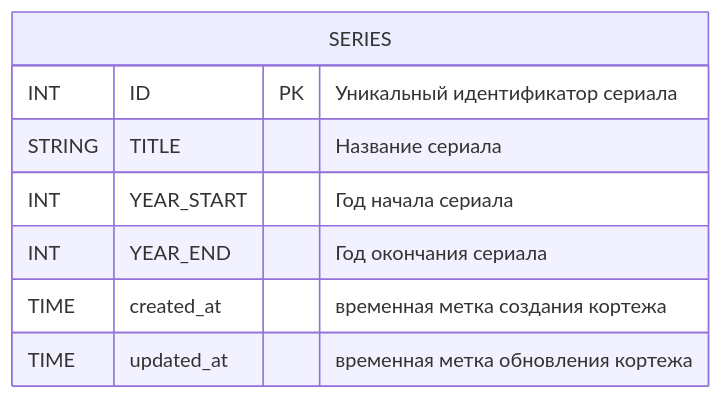
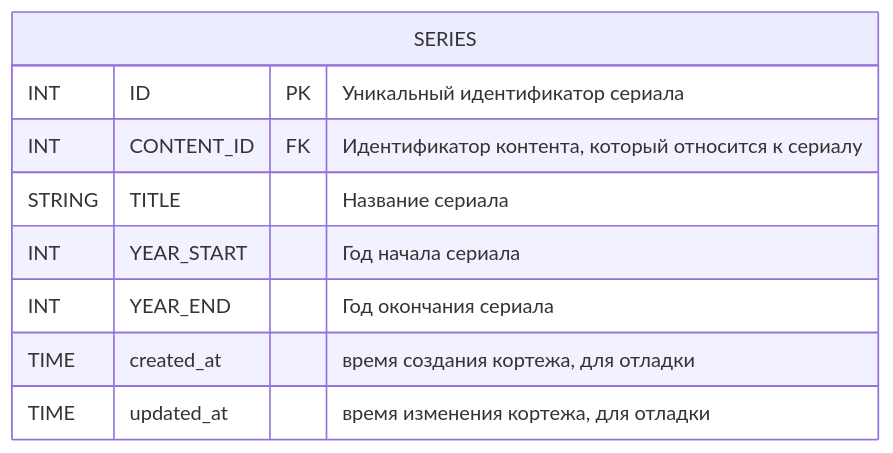
Diagram 13 of 25 in db/normalized/relations.md (go-park-mail-ru/2024_1_Cyberkotletki), drawn with Mermaid before and after one commit. The commit also changed other lines of this file and 2 other files, not shown here.

````diff
--- a/db/normalized/relations.md
+++ b/db/normalized/relations.md
@@ -261,11 +353,12 @@
 ```mermaid
 erDiagram
     SERIES {
         INT ID PK "Уникальный идентификатор сериала"
+        INT CONTENT_ID FK "Идентификатор контента, который относится к  сериалу"
         STRING TITLE "Название сериала"
         INT YEAR_START "Год начала сериала"
         INT YEAR_END "Год окончания сериала"
-        TIME created_at "временная метка создания кортежа"
-        TIME updated_at "временная метка обновления кортежа"
+        TIME created_at "время создания кортежа, для отладки"
+        TIME updated_at "время изменения кортежа, для отладки"
     }
 ```
````
